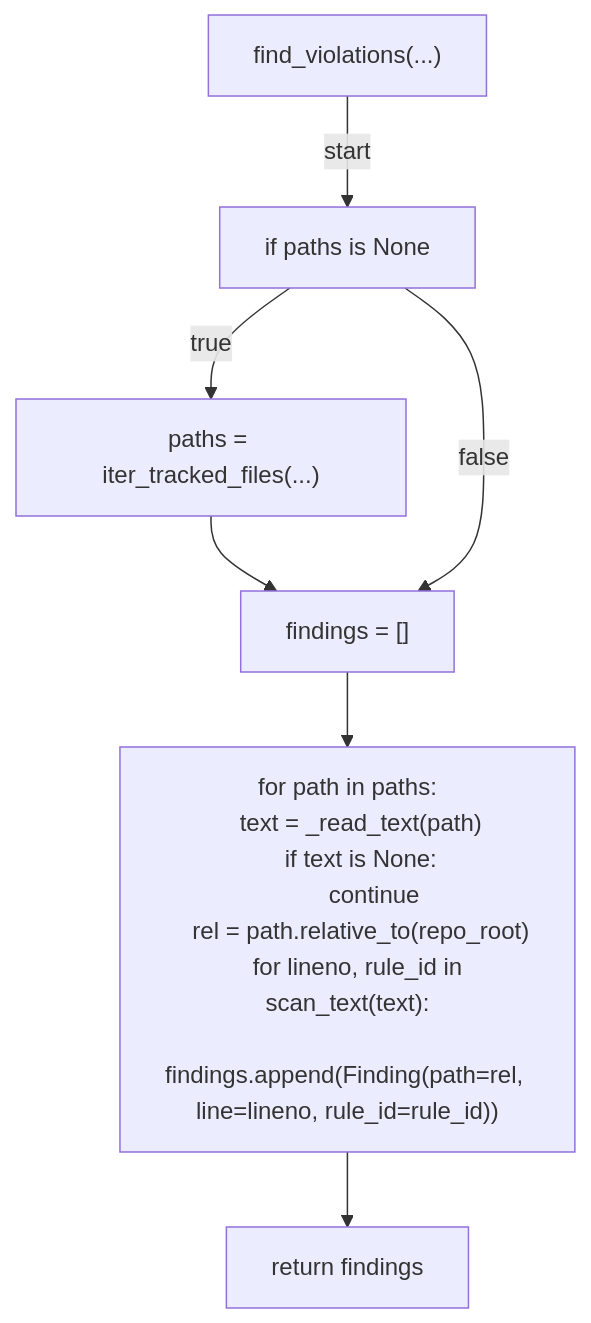
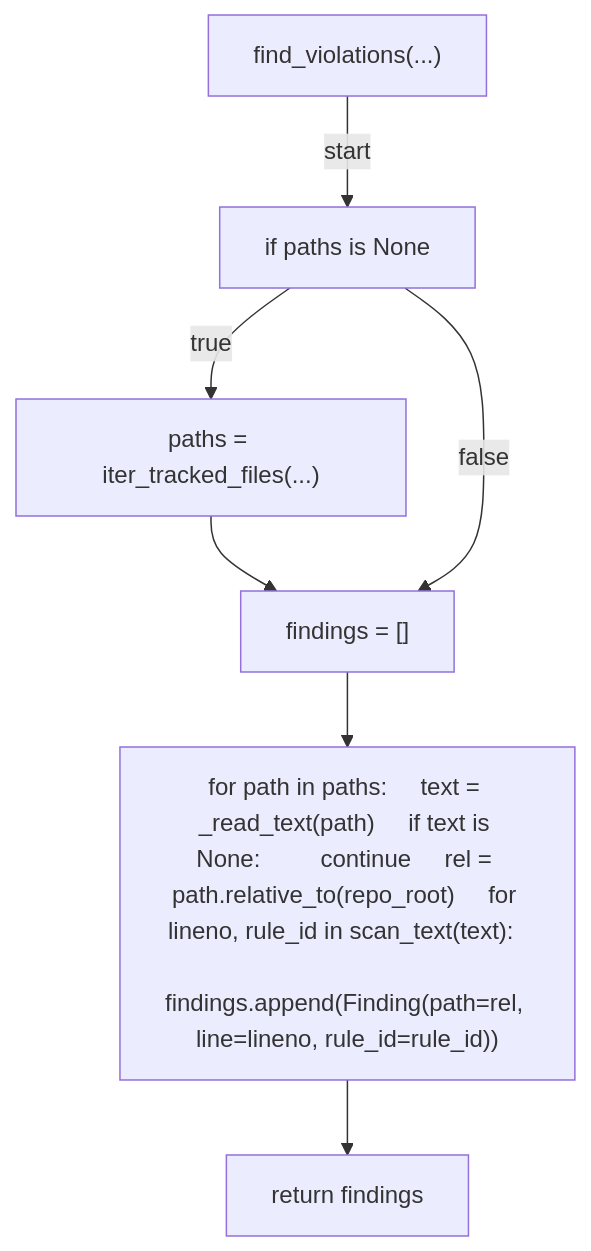
The fourth of 5 diagrams in docs/generated/scripts/ast/scan_secrets.md (tvna/claude-md), drawn with Mermaid before and after one commit. The commit also changed other lines of this file and 23 other files, not shown here.

First line of the commit message:
docs(generated): regenerate decision tree and workflow diagrams (batch 4/5)

````diff
--- a/docs/generated/scripts/ast/scan_secrets.md
+++ b/docs/generated/scripts/ast/scan_secrets.md
@@ -59,21 +56,15 @@
 ```mermaid
 flowchart TD
     N001["find_violations(...)"]
     N002["if paths is None"]
     N003["paths = iter_tracked_files(...)"]
     N004["findings = []"]
-    N005["for path in paths:
-    text = _read_text(path)
-    if text is None:
-        continue
-    rel = path.relative_to(repo_root)
-    for lineno, rule_id in scan_text(text):
-        findings.append(Finding(path=rel, line=lineno, rule_id=rule_id))"]
+    N005["for path in paths:     text = _read_text(path)     if text is None:         continue     rel = path.relative_to(repo_root)     for lineno, rule_id in scan_text(text):         findings.append(Finding(path=rel, line=lineno, rule_id=rule_id))"]
     N006["return findings"]
     N001 -->|"start"| N002
     N002 -->|"true"| N003
     N003 --> N004
     N002 -->|"false"| N004
     N004 --> N005
     N005 --> N006
 ```
````
